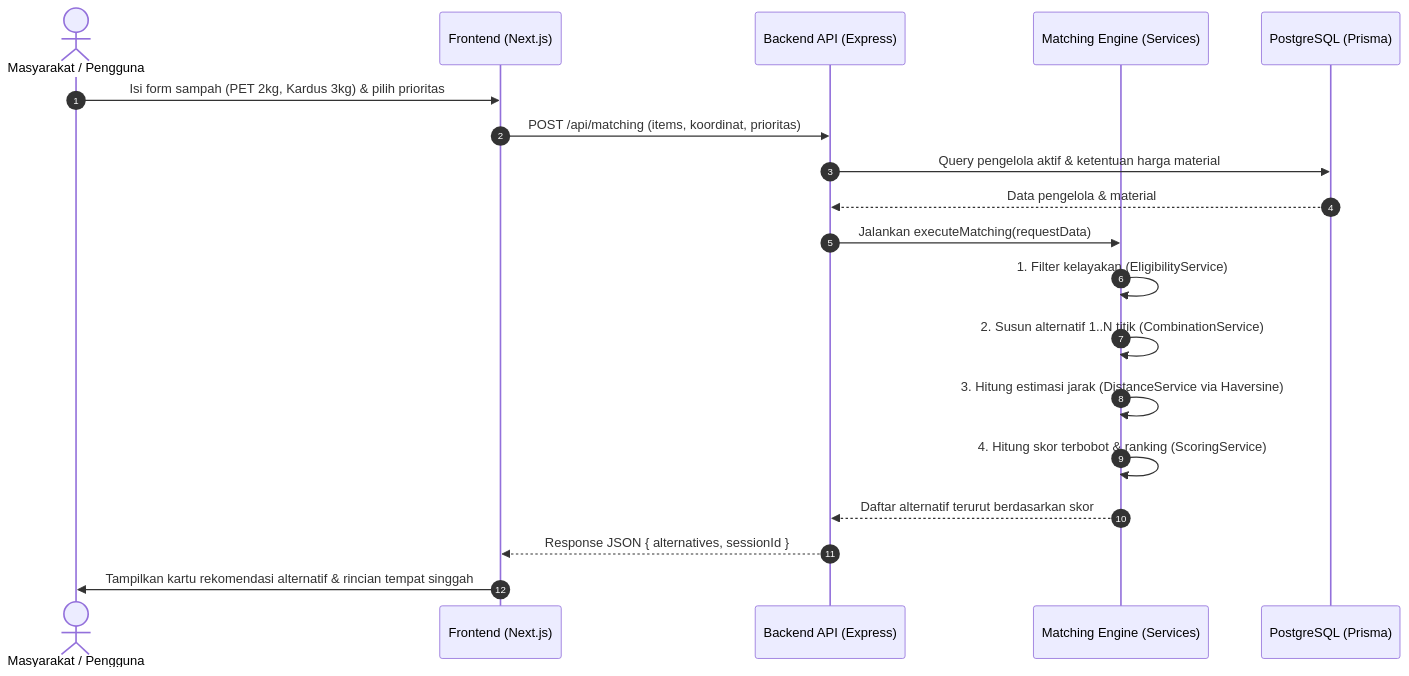
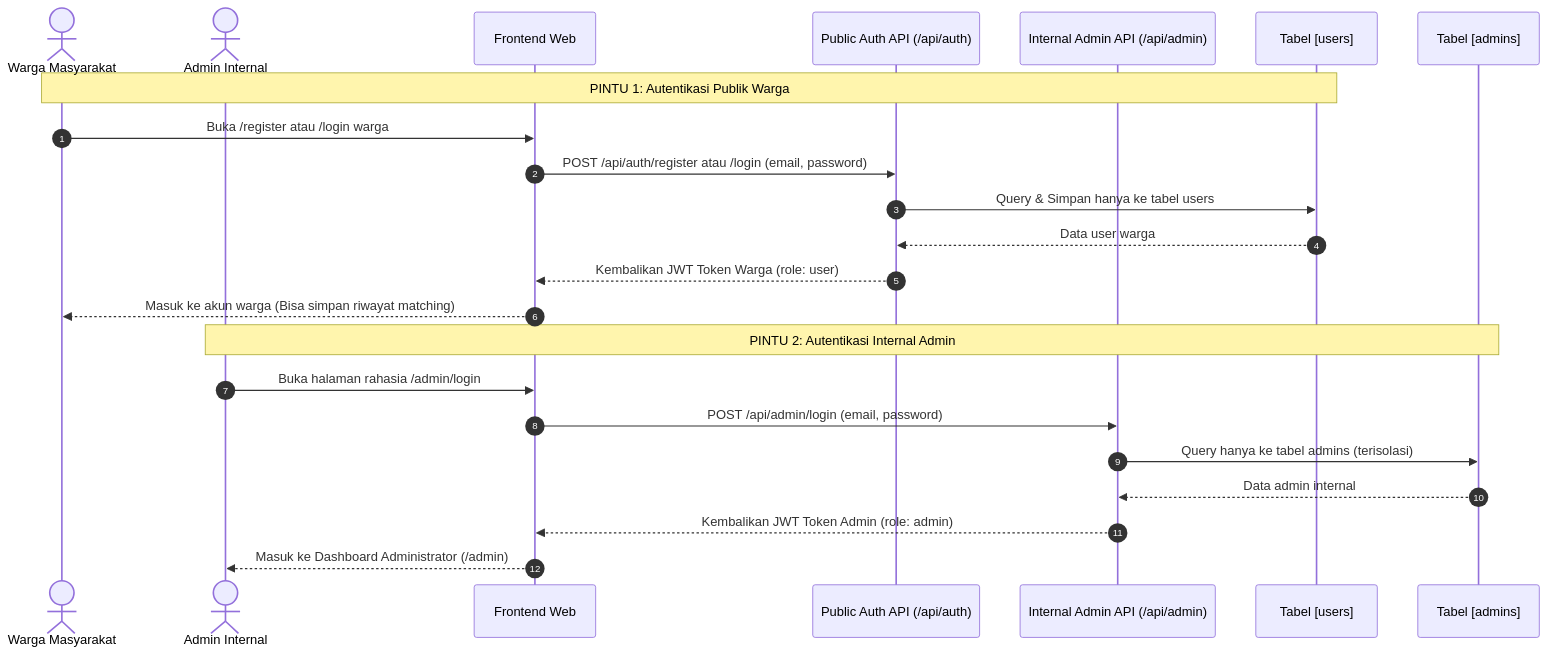
The second of 4 diagrams in docs/Struktur_Arsitektur_SampahHub.md (arya27Q/logicodix-web-app--RecyNect), drawn with Mermaid before and after one commit. The commit also changed other lines of this file and 15 other files, not shown here.

````diff
--- a/docs/Struktur_Arsitektur_SampahHub.md
+++ b/docs/Struktur_Arsitektur_SampahHub.md
@@ -220,22 +170,27 @@
 ```mermaid
 sequenceDiagram
     autonumber
-    actor Warga as Masyarakat / Pengguna
-    participant FE as Frontend (Next.js)
-    participant API as Backend API (Express)
-    participant Engine as Matching Engine (Services)
-    participant DB as PostgreSQL (Prisma)
+    actor Warga as Warga Masyarakat
+    actor Admin as Admin Internal
+    participant FE as Frontend Web
+    participant AuthAPI as Public Auth API (/api/auth)
+    participant AdminAPI as Internal Admin API (/api/admin)
+    participant UserDB as Tabel [users]
+    participant AdminDB as Tabel [admins]
 
-    Warga->>FE: Isi form sampah (PET 2kg, Kardus 3kg) & pilih prioritas
-    FE->>API: POST /api/matching (items, koordinat, prioritas)
-    API->>DB: Query pengelola aktif & ketentuan harga material
-    DB-->>API: Data pengelola & material
-    API->>Engine: Jalankan executeMatching(requestData)
-    Engine->>Engine: 1. Filter kelayakan (EligibilityService)
-    Engine->>Engine: 2. Susun alternatif 1..N titik (CombinationService)
-    Engine->>Engine: 3. Hitung estimasi jarak (DistanceService via Haversine)
-    Engine->>Engine: 4. Hitung skor terbobot & ranking (ScoringService)
-    Engine-->>API: Daftar alternatif terurut berdasarkan skor
-    API-->>FE: Response JSON { alternatives, sessionId }
-    FE->>Warga: Tampilkan kartu rekomendasi alternatif & rincian tempat singgah
+    Note over Warga,UserDB: PINTU 1: Autentikasi Publik Warga
+    Warga->>FE: Buka /register atau /login warga
+    FE->>AuthAPI: POST /api/auth/register atau /login (email, password)
+    AuthAPI->>UserDB: Query & Simpan hanya ke tabel users
+    UserDB-->>AuthAPI: Data user warga
+    AuthAPI-->>FE: Kembalikan JWT Token Warga (role: user)
+    FE-->>Warga: Masuk ke akun warga (Bisa simpan riwayat matching)
+
+    Note over Admin,AdminDB: PINTU 2: Autentikasi Internal Admin
+    Admin->>FE: Buka halaman rahasia /admin/login
+    FE->>AdminAPI: POST /api/admin/login (email, password)
+    AdminAPI->>AdminDB: Query hanya ke tabel admins (terisolasi)
+    AdminDB-->>AdminAPI: Data admin internal
+    AdminAPI-->>FE: Kembalikan JWT Token Admin (role: admin)
+    FE-->>Admin: Masuk ke Dashboard Administrator (/admin)
 ```
````
